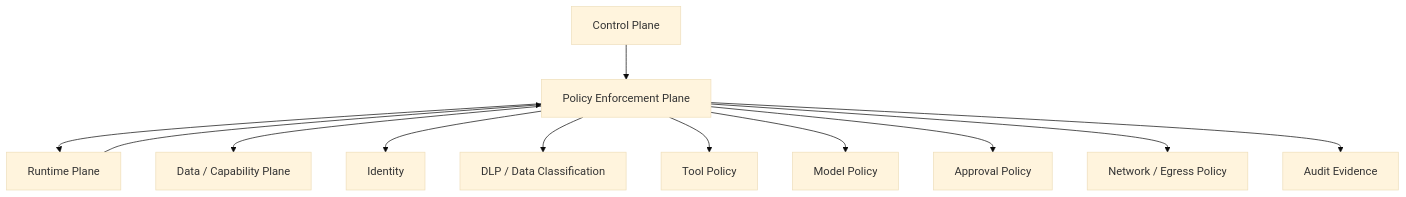
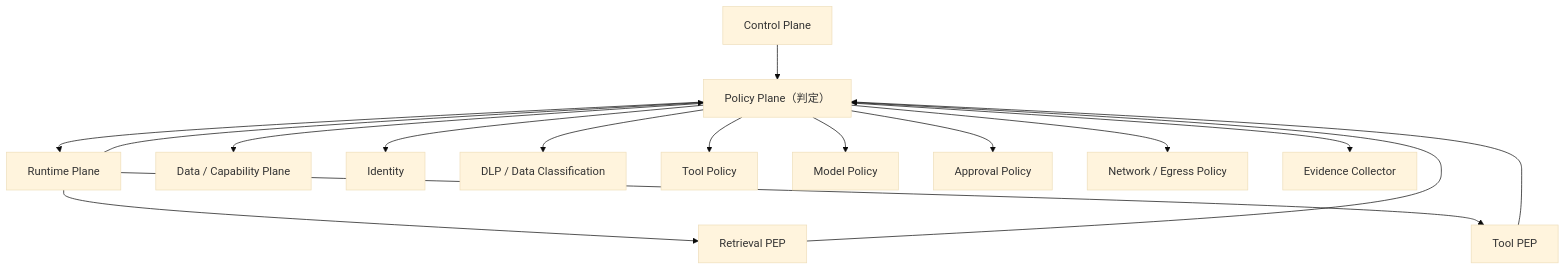
Before and after one commit to devweekly/devweekly.github.io: the fourth of 8 diagrams in temp/agent研究.md, drawn with Mermaid (base theme). The commit also changed other lines of this file and 1 other file, not shown here.

````diff
--- a/temp/agent研究.md
+++ b/temp/agent研究.md
@@ -520,22 +729,27 @@
 ```mermaid
 flowchart TB
 
     CP[Control Plane]
     RT[Runtime Plane]
     DATA[Data / Capability Plane]
 
-    POL["Policy Enforcement Plane"]
+    POL["Policy Plane（判定）"]
 
     CP --> POL
     POL --> RT
     RT --> POL
     POL --> DATA
 
+    RT --> RETPEP[Retrieval PEP]
+    RT --> TOOLPEP[Tool PEP]
+    RETPEP --> POL
+    TOOLPEP --> POL
+
     POL --> IAM[Identity]
     POL --> DLP[DLP / Data Classification]
-    POL --> TOOL[Tool Policy]
+    POL --> TOOLPOL[Tool Policy]
     POL --> MODEL[Model Policy]
     POL --> APPROVAL[Approval Policy]
     POL --> NETWORK[Network / Egress Policy]
-    POL --> AUDIT[Audit Evidence]
+    POL --> EVID[Evidence Collector]
 ```
````
